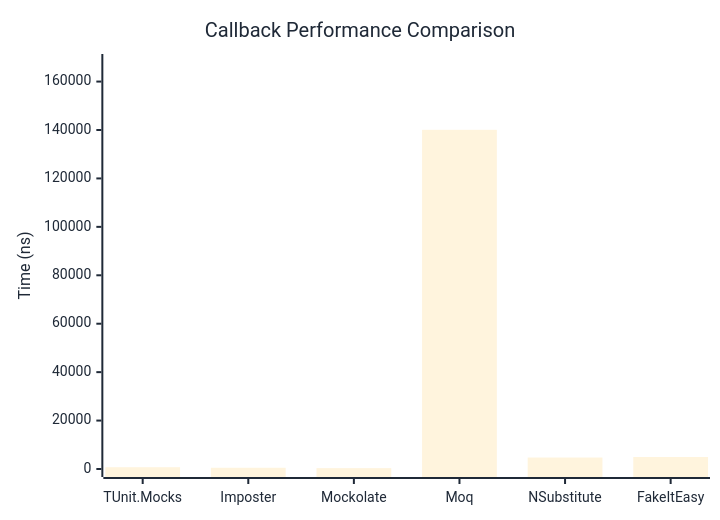
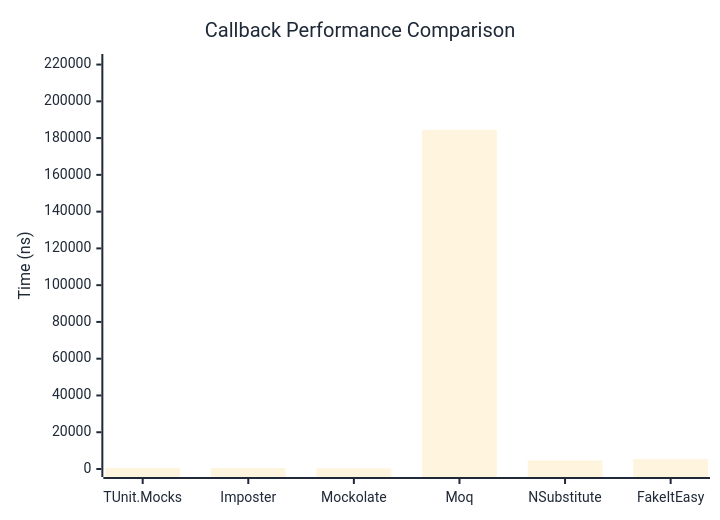
The first of 2 diagrams in docs/docs/benchmarks/mocks/Callback.md (thomhurst/TUnit), drawn with Mermaid before and after one commit. The commit also changed other lines of this file and 14 other files, not shown here.

````diff
--- a/docs/docs/benchmarks/mocks/Callback.md
+++ b/docs/docs/benchmarks/mocks/Callback.md
@@ -28,27 +28,27 @@
 ```mermaid
 %%{init: {
   'theme':'base',
   'themeVariables': {
     'primaryColor': '#2563eb',
     'primaryTextColor': '#1f2937',
     'primaryBorderColor': '#1e40af',
     'lineColor': '#6b7280',
     'secondaryColor': '#7c3aed',
     'tertiaryColor': '#dc2626',
     'background': '#ffffff',
     'pie1': '#2563eb',
     'pie2': '#7c3aed',
     'pie3': '#dc2626',
     'pie4': '#f59e0b',
     'pie5': '#10b981',
     'pie6': '#06b6d4',
     'pie7': '#ec4899',
     'pie8': '#6366f1'
   }
 }}%%
 xychart-beta
   title "Callback Performance Comparison"
   x-axis ["TUnit.Mocks", "Imposter", "Mockolate", "Moq", "NSubstitute", "FakeItEasy"]
-  y-axis "Time (ns)" 0 --> 168082
-  bar [739.5, 506.3, 356.2, 140068.2, 4731.9, 4958.9]
+  y-axis "Time (ns)" 0 --> 221396
+  bar [653.7, 518.2, 356.2, 184495.9, 4669.3, 5347.5]
 ```
````
